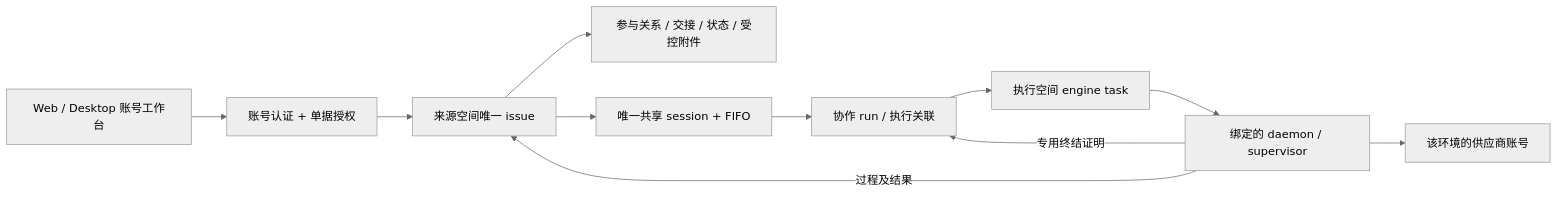
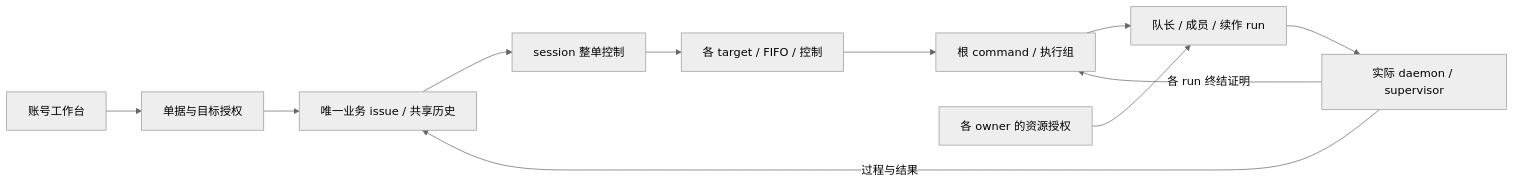
The diagram in .trellis/tasks/10-10-cross-workspace-collaboration/research/design-contracts.md (yangshangwei/multica-0.4.37), drawn with Mermaid (neutral theme) before and after one commit. The commit also changed other lines of this file and 22 other files, not shown here.

````diff
--- a/.trellis/tasks/10-10-cross-workspace-collaboration/research/design-contracts.md
+++ b/.trellis/tasks/10-10-cross-workspace-collaboration/research/design-contracts.md
@@ -54,13 +54,13 @@
 ```mermaid
 flowchart LR
-  W[Web / Desktop 账号工作台] --> A[账号认证 + 单据授权]
-  A --> I[来源空间唯一 issue]
-  I --> P[参与关系 / 交接 / 状态 / 受控附件]
-  I --> S[唯一共享 session + FIFO]
-  S --> R[协作 run / 执行关联]
-  R --> T[执行空间 engine task]
-  T --> D[绑定的 daemon / supervisor]
-  D --> AI[该环境的供应商账号]
-  D -->|过程及结果| I
-  D -->|专用终结证明| R
+  W[账号工作台] --> A[单据与目标授权]
+  A --> I[唯一业务 issue / 共享历史]
+  I --> S[session 整单控制]
+  S --> T[各 target / FIFO / 控制]
+  T --> G[根 command / 执行组]
+  G --> R[队长 / 成员 / 续作 run]
+  P[各 owner 的资源授权] --> R
+  R --> D[实际 daemon / supervisor]
+  D -->|过程与结果| I
+  D -->|各 run 终结证明| G
 ```
````
